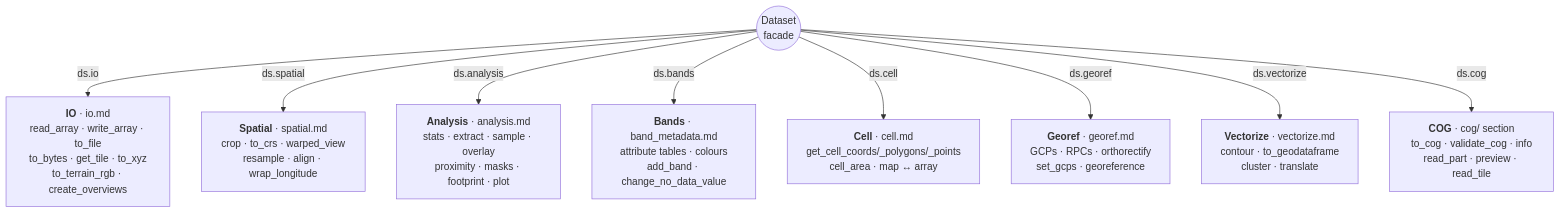
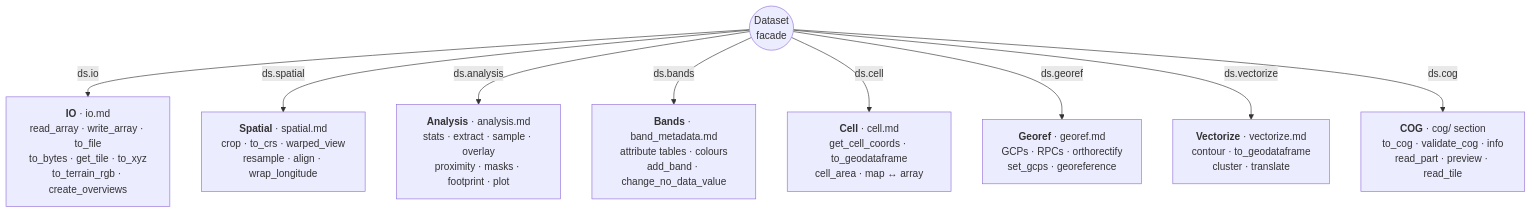
One commit to serapeum-org/pyramids changed the second of 4 diagrams in docs/reference/dataset/index.md. Above: the diagram before and after it, drawn with Mermaid.

Commit message:
docs(dataset): update the Cell node in index.md after the consolidation
The reference overview's Cell node still listed the removed get_cell_points/get_cell_polygons;
point it at get_cell_coords (still public) and to_geodataframe. (The pyramids.drawio diagram
source still carries the old labels; it renders to a static image and needs a draw.io re-export
to update, so it is left for a separate diagram pass.)

````diff
--- a/docs/reference/dataset/index.md
+++ b/docs/reference/dataset/index.md
@@ -27,12 +27,12 @@
 ```mermaid
 flowchart TB
     DS(("Dataset<br/>facade"))
     DS -->|ds.io| IO["<b>IO</b> · io.md<br/>read_array · write_array · to_file<br/>to_bytes · get_tile · to_xyz<br/>to_terrain_rgb · create_overviews"]
     DS -->|ds.spatial| SP["<b>Spatial</b> · spatial.md<br/>crop · to_crs · warped_view<br/>resample · align · wrap_longitude"]
     DS -->|ds.analysis| AN["<b>Analysis</b> · analysis.md<br/>stats · extract · sample · overlay<br/>proximity · masks · footprint · plot"]
     DS -->|ds.bands| BA["<b>Bands</b> · band_metadata.md<br/>attribute tables · colours<br/>add_band · change_no_data_value"]
-    DS -->|ds.cell| CE["<b>Cell</b> · cell.md<br/>get_cell_coords/_polygons/_points<br/>cell_area · map ↔ array"]
+    DS -->|ds.cell| CE["<b>Cell</b> · cell.md<br/>get_cell_coords · to_geodataframe<br/>cell_area · map ↔ array"]
     DS -->|ds.georef| GE["<b>Georef</b> · georef.md<br/>GCPs · RPCs · orthorectify<br/>set_gcps · georeference"]
     DS -->|ds.vectorize| VE["<b>Vectorize</b> · vectorize.md<br/>contour · to_geodataframe<br/>cluster · translate"]
     DS -->|ds.cog| CG["<b>COG</b> · cog/ section<br/>to_cog · validate_cog · info<br/>read_part · preview · read_tile"]
 ```
````
